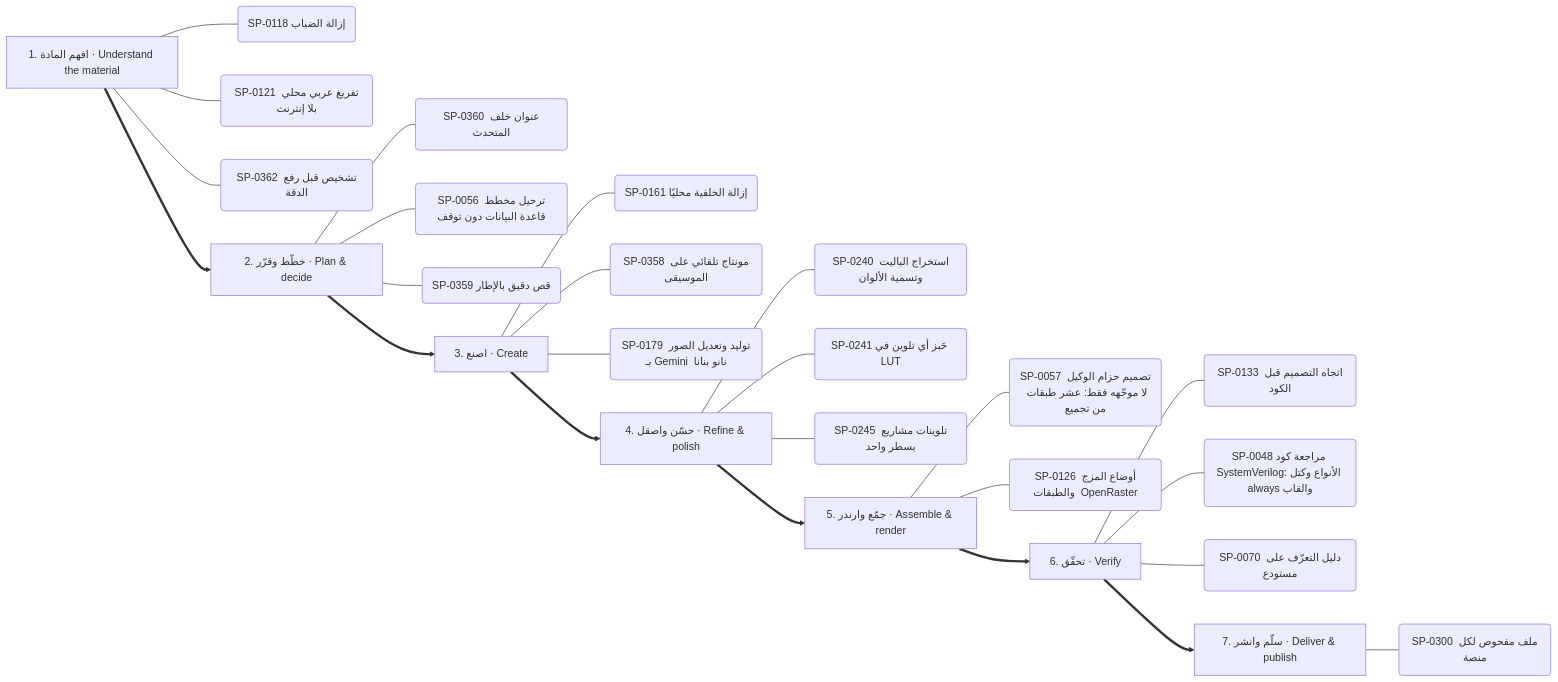
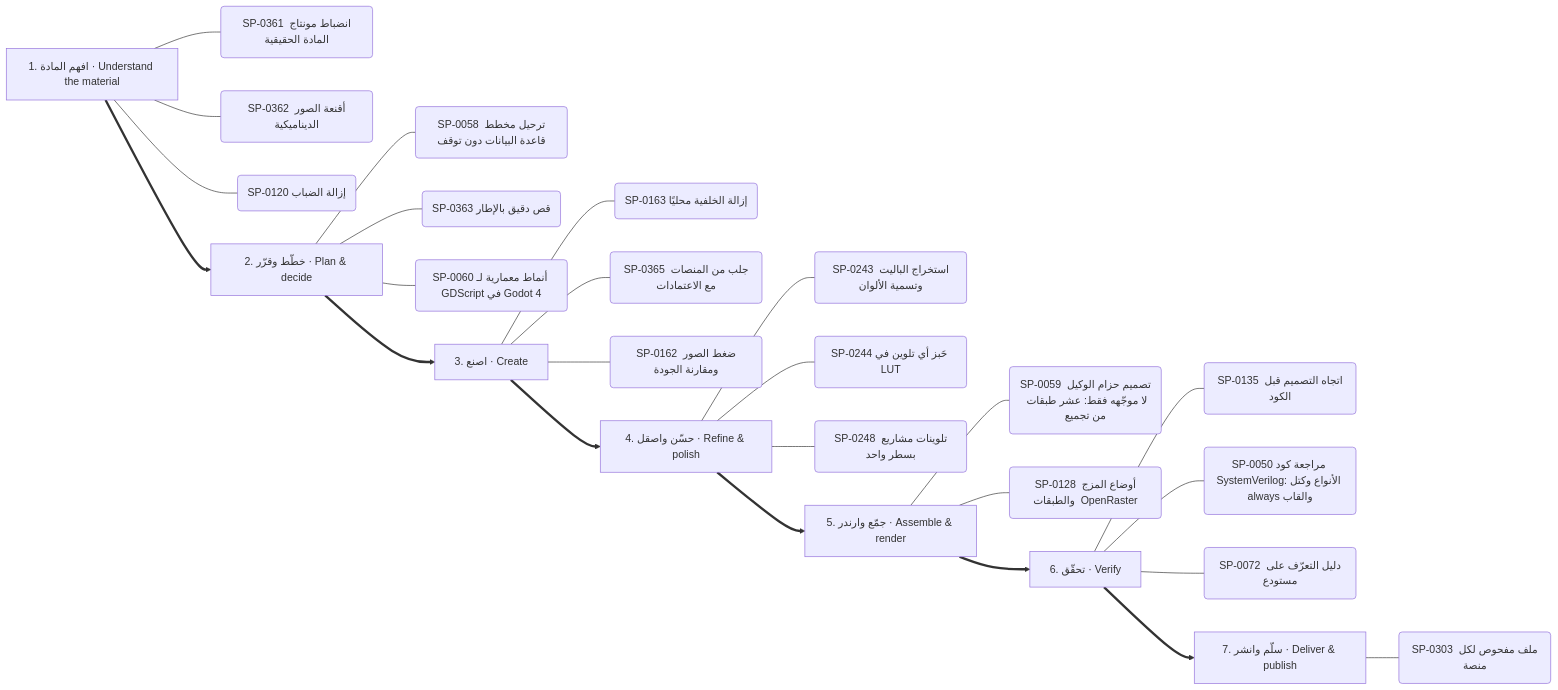
One commit to kosif199022-jpg/kosif-tool changed the seventh of 13 diagrams in .claude/skills/kosif-superpowers/references/capability-mindmap.md. Above: the diagram before and after it, drawn with Mermaid. The commit also changed other lines of this file and 153 other files, not shown here.

````diff
--- a/.claude/skills/kosif-superpowers/references/capability-mindmap.md
+++ b/.claude/skills/kosif-superpowers/references/capability-mindmap.md
@@ -368,34 +363,34 @@
 ```mermaid
 flowchart LR
   S0["1. افهم المادة · Understand the material"]
-  S0 --- S0_0("SP-0118 إزالة الضباب")
-  S0 --- S0_1("SP-0121 تفريغ عربي محلي بلا إنترنت")
-  S0 --- S0_2("SP-0362 تشخيص قبل رفع الدقة")
+  S0 --- S0_0("SP-0361 انضباط مونتاج المادة الحقيقية")
+  S0 --- S0_1("SP-0362 أقنعة الصور الديناميكية")
+  S0 --- S0_2("SP-0120 إزالة الضباب")
   S1["2. خطّط وقرّر · Plan & decide"]
-  S1 --- S1_0("SP-0360 عنوان خلف المتحدث")
-  S1 --- S1_1("SP-0056 ترحيل مخطط قاعدة البيانات دون توقف")
-  S1 --- S1_2("SP-0359 قص دقيق بالإطار")
+  S1 --- S1_0("SP-0058 ترحيل مخطط قاعدة البيانات دون توقف")
+  S1 --- S1_1("SP-0363 قص دقيق بالإطار")
+  S1 --- S1_2("SP-0060 أنماط معمارية لـ GDScript في Godot 4")
   S0 ==> S1
   S2["3. اصنع · Create"]
-  S2 --- S2_0("SP-0161 إزالة الخلفية محليًا")
-  S2 --- S2_1("SP-0358 مونتاج تلقائي على الموسيقى")
-  S2 --- S2_2("SP-0179 توليد وتعديل الصور بـ Gemini  نانو بنانا ")
+  S2 --- S2_0("SP-0163 إزالة الخلفية محليًا")
+  S2 --- S2_1("SP-0365 جلب من المنصات مع الاعتمادات")
+  S2 --- S2_2("SP-0162 ضغط الصور ومقارنة الجودة")
   S1 ==> S2
   S3["4. حسّن واصقل · Refine & polish"]
-  S3 --- S3_0("SP-0240 استخراج الباليت وتسمية الألوان")
-  S3 --- S3_1("SP-0241 خَبز أي تلوين في LUT")
-  S3 --- S3_2("SP-0245 تلوينات مشاريع بسطر واحد")
+  S3 --- S3_0("SP-0243 استخراج الباليت وتسمية الألوان")
+  S3 --- S3_1("SP-0244 خَبز أي تلوين في LUT")
+  S3 --- S3_2("SP-0248 تلوينات مشاريع بسطر واحد")
   S2 ==> S3
   S4["5. جمّع وارندر · Assemble & render"]
-  S4 --- S4_0("SP-0057 تصميم حزام الوكيل لا موجّهه فقط: عشر طبقات من تجميع ")
-  S4 --- S4_1("SP-0126 أوضاع المزج والطبقات  OpenRaster ")
+  S4 --- S4_0("SP-0059 تصميم حزام الوكيل لا موجّهه فقط: عشر طبقات من تجميع ")
+  S4 --- S4_1("SP-0128 أوضاع المزج والطبقات  OpenRaster ")
   S3 ==> S4
   S5["6. تحقّق · Verify"]
-  S5 --- S5_0("SP-0133 اتجاه التصميم قبل الكود")
-  S5 --- S5_1("SP-0048 مراجعة كود SystemVerilog: الأنواع وكتل always والقاب")
-  S5 --- S5_2("SP-0070 دليل التعرّف على مستودع")
+  S5 --- S5_0("SP-0135 اتجاه التصميم قبل الكود")
+  S5 --- S5_1("SP-0050 مراجعة كود SystemVerilog: الأنواع وكتل always والقاب")
+  S5 --- S5_2("SP-0072 دليل التعرّف على مستودع")
   S4 ==> S5
   S6["7. سلّم وانشر · Deliver & publish"]
-  S6 --- S6_0("SP-0300 ملف مفحوص لكل منصة")
+  S6 --- S6_0("SP-0303 ملف مفحوص لكل منصة")
   S5 ==> S6
 ```
````
